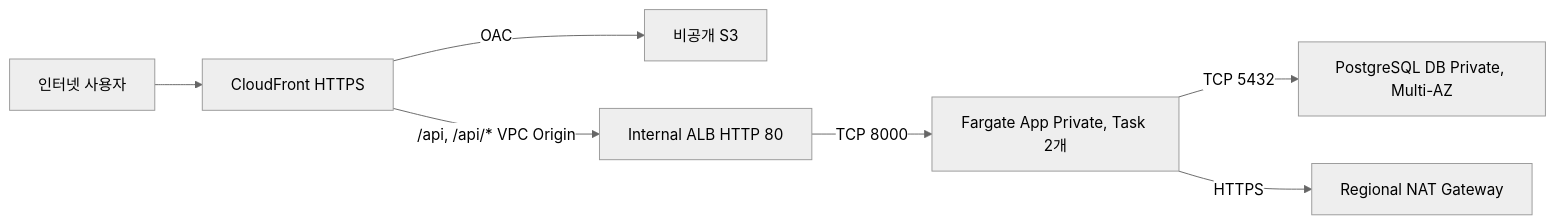
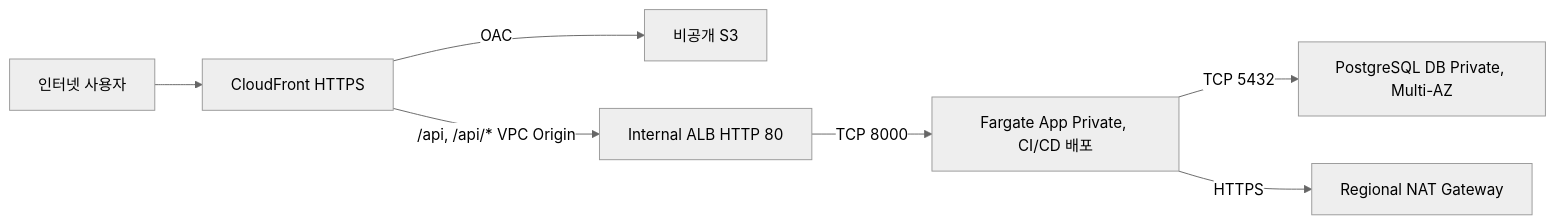
The diagram in env/dev/README.md (softbank-hackathon-2026/platform-terraform), drawn with Mermaid (neutral theme) before and after one commit. The commit also changed other lines of this file and 9 other files, not shown here.

````diff
--- a/env/dev/README.md
+++ b/env/dev/README.md
@@ -9,9 +9,9 @@
 ```mermaid
 flowchart LR
   user[인터넷 사용자] --> cf[CloudFront HTTPS]
   cf -->|OAC| s3[비공개 S3]
   cf -->|/api, /api/* VPC Origin| alb[Internal ALB HTTP 80]
-  alb -->|TCP 8000| ecs[Fargate App Private, Task 2개]
+  alb -->|TCP 8000| ecs[Fargate App Private, CI/CD 배포]
   ecs -->|TCP 5432| rds[PostgreSQL DB Private, Multi-AZ]
   ecs -->|HTTPS| nat[Regional NAT Gateway]
 ```
````
